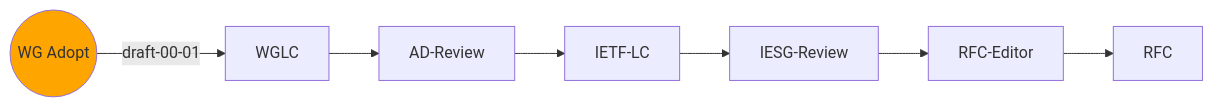
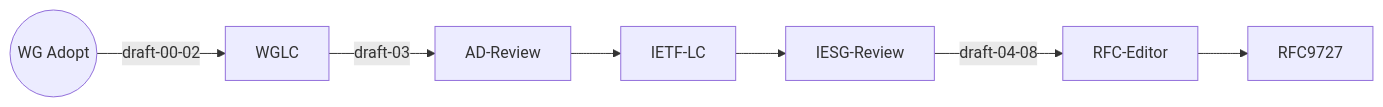
Before and after one commit to ietf-wg-httpapi/ietf-wg-httpapi.github.io: the eighth of 13 diagrams in index.md, drawn with Mermaid. The commit also changed other lines of this file, not shown here.

````diff
--- a/index.md
+++ b/index.md
@@ -158,13 +136,15 @@
 ```mermaid
 graph LR
     classDef current fill:orange
     classDef lastIETF fill:pink
 
-    WG-Adopt((WG Adopt)) --draft-00-01--> WGLC
-    class WG-Adopt current
-    WGLC --> AD-Review
+    WG-Adopt((WG Adopt)) --draft-00-02--> WGLC
+    WGLC --draft-03--> AD-Review
     AD-Review --> IETF-LC
     IETF-LC --> IESG-Review
-    IESG-Review --> RFC-Editor
-    RFC-Editor --> RFC
+    IESG-Review --draft-04-08--> RFC-Editor
+    RFC-Editor --> RFC9727
+
+    class RFC current
+
 ```
````
